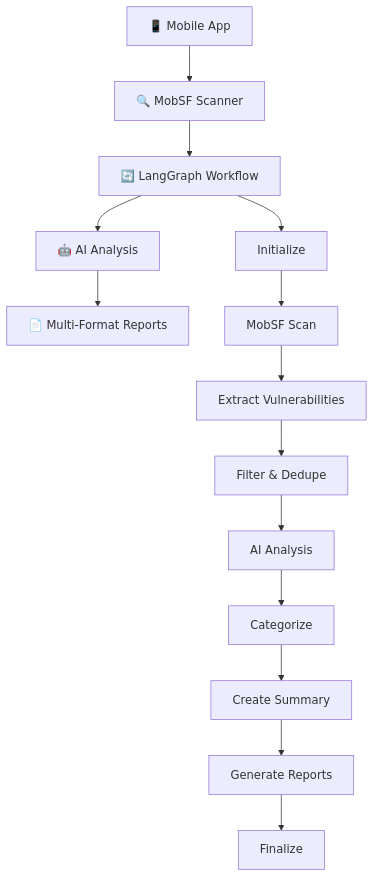
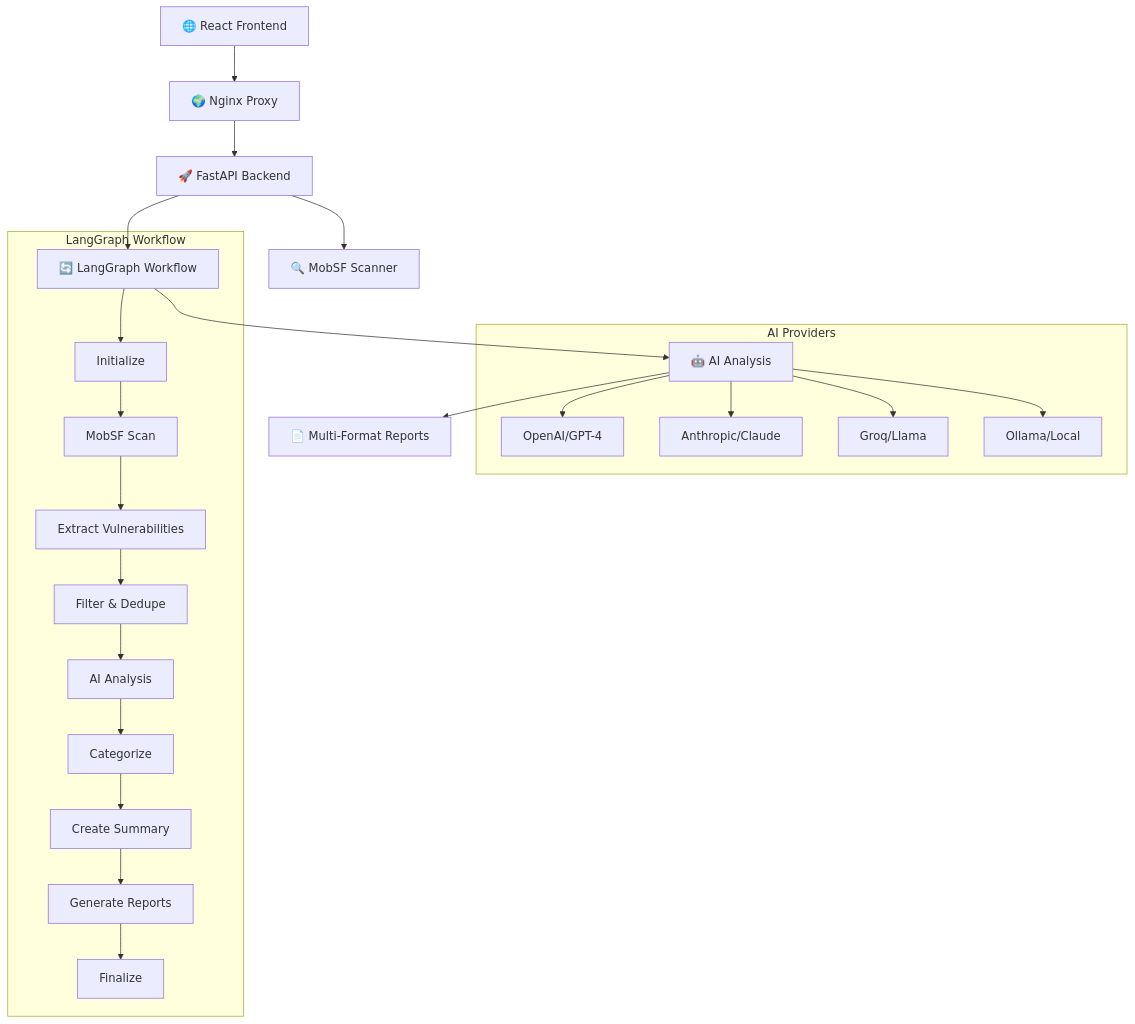
Before and after one commit to sulanaD/Agentic_AI_For_Mob_SF_Scans: the first of 3 diagrams in README.md, drawn with Mermaid. The commit also changed other lines of this file, not shown here.

First line of the commit message:
docs: Comprehensive README update with full deployment architecture

````diff
--- a/README.md
+++ b/README.md
@@ -26,17 +48,28 @@
 ```mermaid
 graph TD
-    A[📱 Mobile App] --> B[🔍 MobSF Scanner]
-    B --> C[🔄 LangGraph Workflow]
-    C --> D[🤖 AI Analysis]
-    D --> E[📄 Multi-Format Reports]
+    A[🌐 React Frontend] --> B[🌍 Nginx Proxy]
+    B --> C[🚀 FastAPI Backend]
+    C --> D[🔍 MobSF Scanner]
+    C --> E[🔄 LangGraph Workflow]
+    E --> F[🤖 AI Analysis]
+    F --> G[📄 Multi-Format Reports]
     
-    C --> C1[Initialize]
-    C1 --> C2[MobSF Scan]
-    C2 --> C3[Extract Vulnerabilities]
-    C3 --> C4[Filter & Dedupe]
-    C4 --> C5[AI Analysis]
-    C5 --> C6[Categorize]
-    C6 --> C7[Create Summary]
-    C7 --> C8[Generate Reports]
-    C8 --> C9[Finalize]
+    subgraph "AI Providers"
+        F --> F1[OpenAI/GPT-4]
+        F --> F2[Anthropic/Claude]
+        F --> F3[Groq/Llama]
+        F --> F4[Ollama/Local]
+    end
+    
+    subgraph "LangGraph Workflow"
+        E --> E1[Initialize]
+        E1 --> E2[MobSF Scan]
+        E2 --> E3[Extract Vulnerabilities]
+        E3 --> E4[Filter & Dedupe]
+        E4 --> E5[AI Analysis]
+        E5 --> E6[Categorize]
+        E6 --> E7[Create Summary]
+        E7 --> E8[Generate Reports]
+        E8 --> E9[Finalize]
+    end
 ```
````
